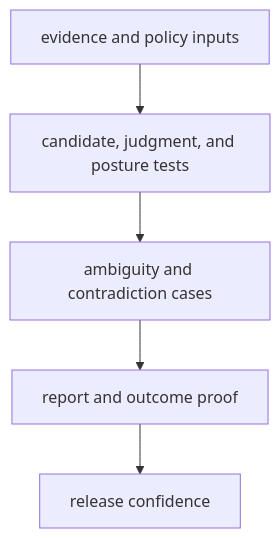
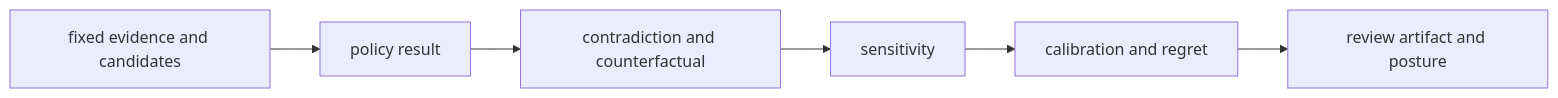
Before and after one commit to bijux/bijux-proteomics: the diagram in docs/05-bijux-proteomics-intelligence/quality/test-strategy.md, drawn with Mermaid. The commit also changed other lines of this file and 2 other files, not shown here.

````diff
--- a/docs/05-bijux-proteomics-intelligence/quality/test-strategy.md
+++ b/docs/05-bijux-proteomics-intelligence/quality/test-strategy.md
@@ -18,13 +32,8 @@
 ```mermaid
-flowchart TB
-    inputs["evidence and policy inputs"]
-    evaluators["candidate, judgment, and posture tests"]
-    ambiguity["ambiguity and contradiction cases"]
-    outputs["report and outcome proof"]
-    release["release confidence"]
-
-    inputs --> evaluators
-    evaluators --> ambiguity
-    ambiguity --> outputs
-    outputs --> release
+flowchart LR
+    F["fixed evidence and candidates"] --> P["policy result"]
+    P --> C["contradiction and counterfactual"]
+    C --> S["sensitivity"]
+    S --> G["calibration and regret"]
+    G --> R["review artifact and posture"]
 ```
````
